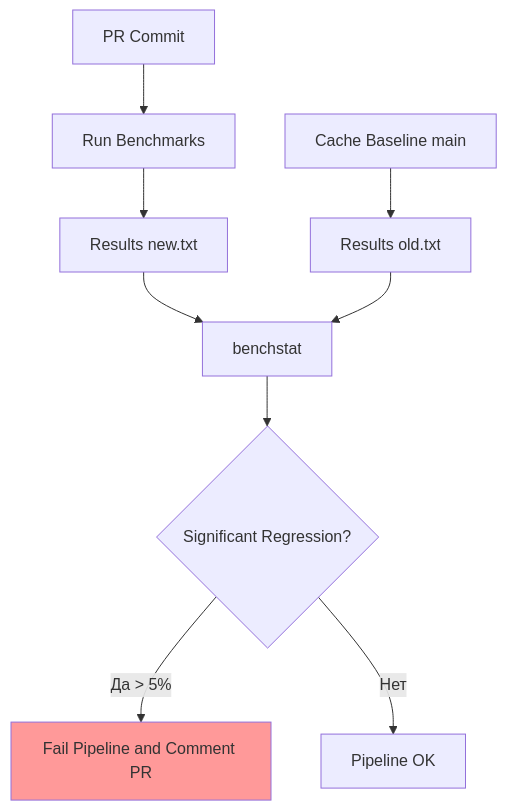
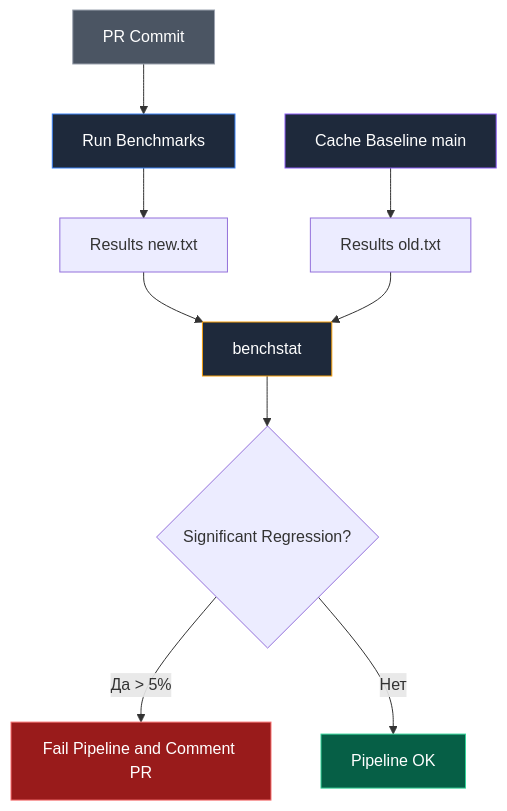
The diagram in sources/8. Инфраструктура языка, Тулинг и CI_CD/36. Профилирование в CI.md (UnrealTemplier/go-textbook), drawn with Mermaid before and after one commit. The commit also changed other lines of this file, not shown here.

````diff
--- a/sources/8. Инфраструктура языка, Тулинг и CI_CD/36. Профилирование в CI.md
+++ b/sources/8. Инфраструктура языка, Тулинг и CI_CD/36. Профилирование в CI.md
@@ -49,16 +62,21 @@
 ```mermaid
 flowchart TD
     A["PR Commit"] --> B["Run Benchmarks"]
     B --> C["Results new.txt"]
     
     D["Cache Baseline main"] --> E["Results old.txt"]
     
     C --> F["benchstat"]
     E --> F
     
     F --> G{"Significant Regression?"}
     G -- "Да > 5%" --> H["Fail Pipeline and Comment PR"]
     G -- "Нет" --> I["Pipeline OK"]
     
-    style H fill:#ff9999
+    style A fill:#4b5563,stroke:#9ca3af,color:#fff
+    style B fill:#1e293b,stroke:#3b82f6,color:#fff
+    style D fill:#1e293b,stroke:#8b5cf6,color:#fff
+    style F fill:#1e293b,stroke:#f59e0b,color:#fff
+    style H fill:#991b1b,stroke:#f87171,color:#fff
+    style I fill:#065f46,stroke:#34d399,color:#fff
 ```
````
